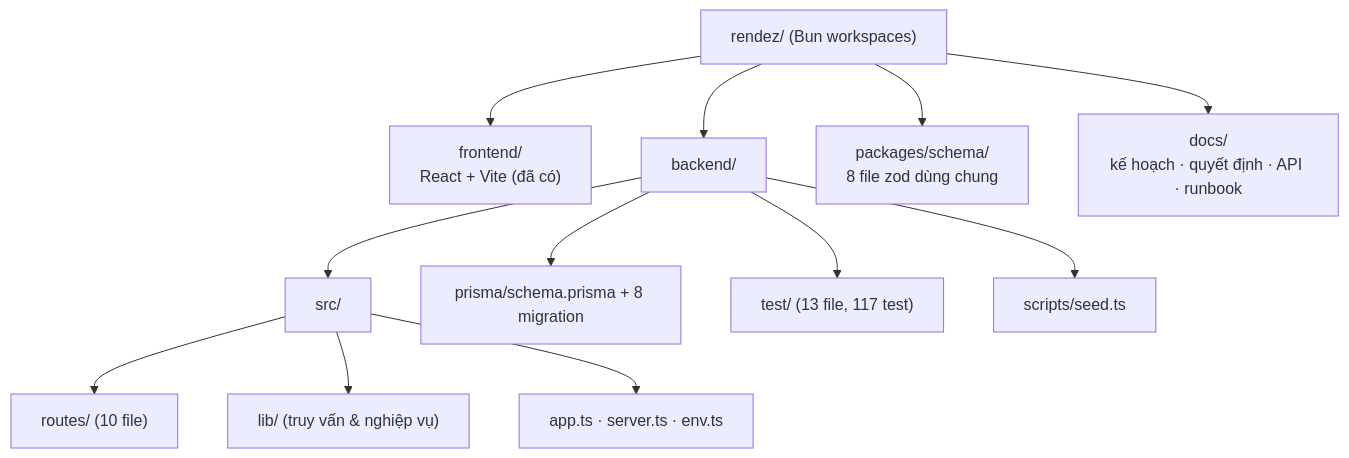
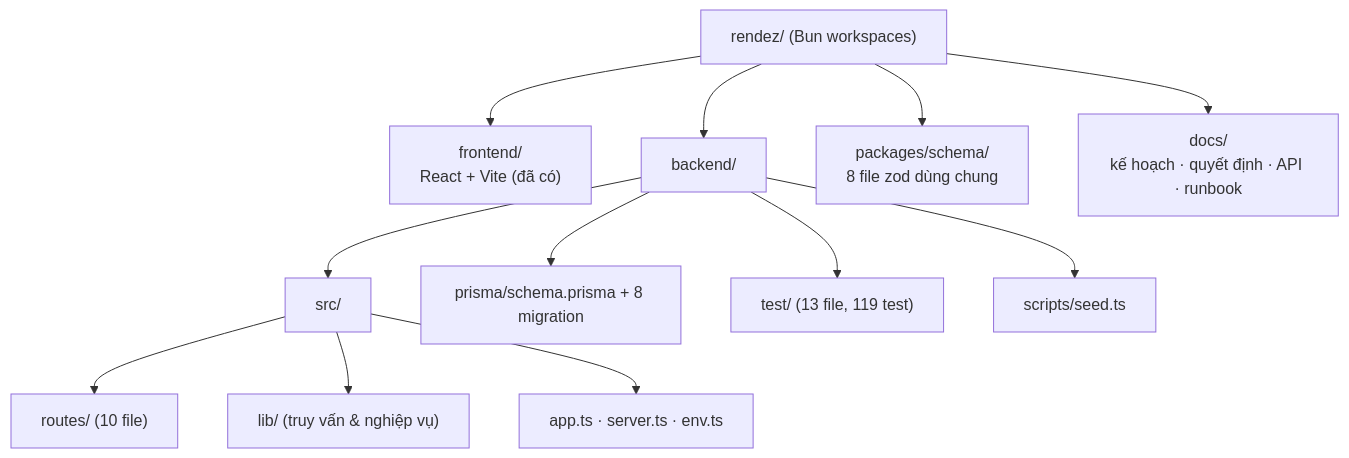
The sixth of 14 diagrams in docs/bao-cao/BAO-CAO-DO-AN.md (longqt321/Rendez-PBL6), drawn with Mermaid before and after one commit. The commit also changed other lines of this file and 2 other files, not shown here.

Commit message:
docs: audit vong 3 - 119 test, ghi nhan fix cursor

````diff
--- a/docs/bao-cao/BAO-CAO-DO-AN.md
+++ b/docs/bao-cao/BAO-CAO-DO-AN.md
@@ -439,15 +439,15 @@
 ```mermaid
 flowchart TB
   Root["rendez/ (Bun workspaces)"]
   Root --> FE["frontend/<br/>React + Vite (đã có)"]
   Root --> BE["backend/"]
   Root --> PKG["packages/schema/<br/>8 file zod dùng chung"]
   Root --> DOC["docs/<br/>kế hoạch · quyết định · API · runbook"]
   BE --> SRC["src/"]
   SRC --> R["routes/ (10 file)"]
   SRC --> L["lib/ (truy vấn & nghiệp vụ)"]
   SRC --> I["app.ts · server.ts · env.ts"]
   BE --> PR["prisma/schema.prisma + 8 migration"]
-  BE --> T["test/ (13 file, 117 test)"]
+  BE --> T["test/ (13 file, 119 test)"]
   BE --> SC["scripts/seed.ts"]
 ```
````
